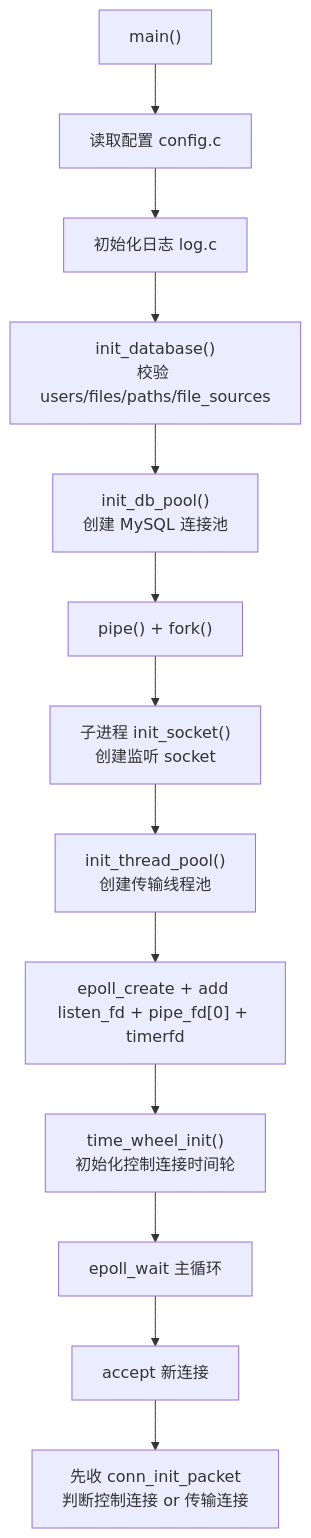
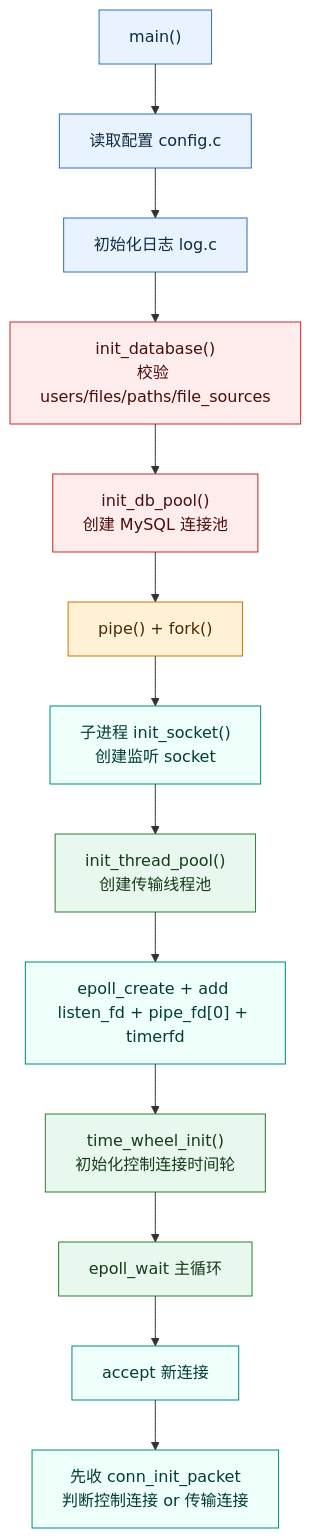
Before and after one commit to panlong-studio/WindCloud_V4: the second of 10 diagrams in docs/V5整体项目架构详解.md, drawn with Mermaid. The commit also changed other lines of this file and 5 other files, not shown here.

````diff
--- a/docs/V5整体项目架构详解.md
+++ b/docs/V5整体项目架构详解.md
@@ -261,19 +275,31 @@
 ```mermaid
 flowchart TD
     S0["main()"]
     S1["读取配置 config.c"]
     S2["初始化日志 log.c"]
     S3["init_database()<br>校验 users/files/paths/file_sources"]
     S4["init_db_pool()<br>创建 MySQL 连接池"]
     S5["pipe() + fork()"]
     S6["子进程 init_socket()<br>创建监听 socket"]
     S7["init_thread_pool()<br>创建传输线程池"]
     S8["epoll_create + add listen_fd + pipe_fd[0] + timerfd"]
     S9["time_wheel_init()<br>初始化控制连接时间轮"]
     S10["epoll_wait 主循环"]
     S11["accept 新连接"]
     S12["先收 conn_init_packet<br>判断控制连接 or 传输连接"]
 
     S0 --> S1 --> S2 --> S3 --> S4 --> S5 --> S6 --> S7 --> S8 --> S9 --> S10
     S10 --> S11 --> S12
+
+    classDef boot fill:#E8F3FF,stroke:#2F6FB6,color:#102A43
+    classDef db fill:#FFECEC,stroke:#C62828,color:#4A0D0D
+    classDef process fill:#FFF1D6,stroke:#C77700,color:#4A2B00
+    classDef net fill:#EFFFFA,stroke:#00897B,color:#003D35
+    classDef loop fill:#E9F8EF,stroke:#2E7D32,color:#173B1A
+
+    class S0,S1,S2 boot
+    class S3,S4 db
+    class S5 process
+    class S6,S8,S11,S12 net
+    class S7,S9,S10 loop
 ```
````
